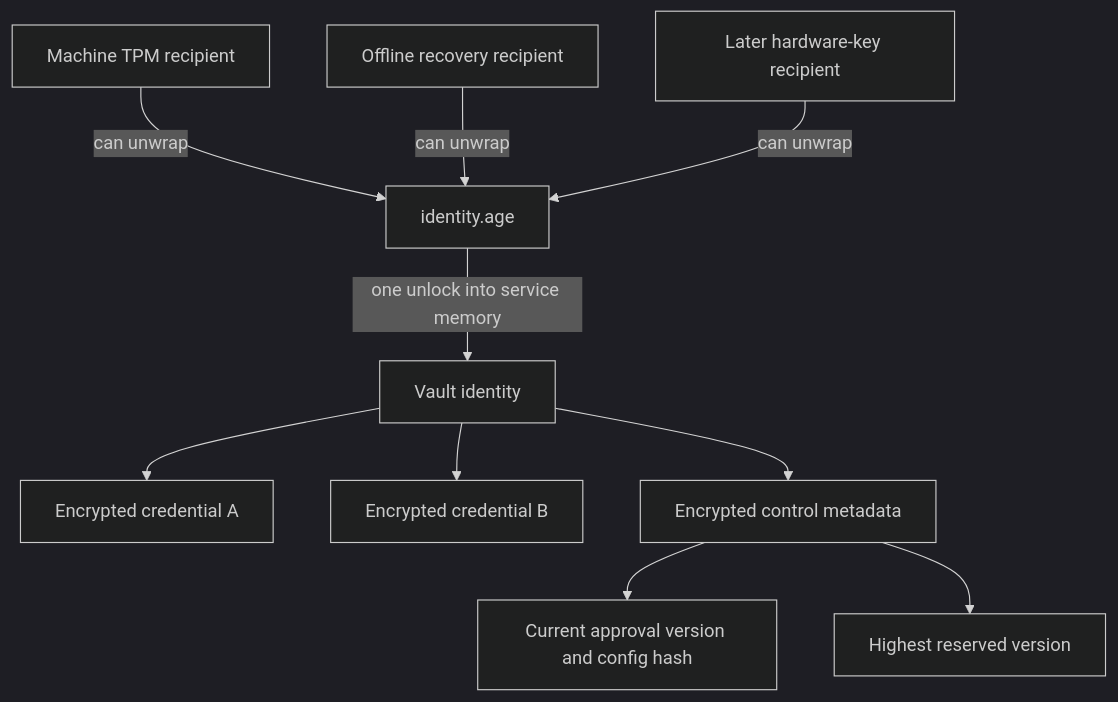
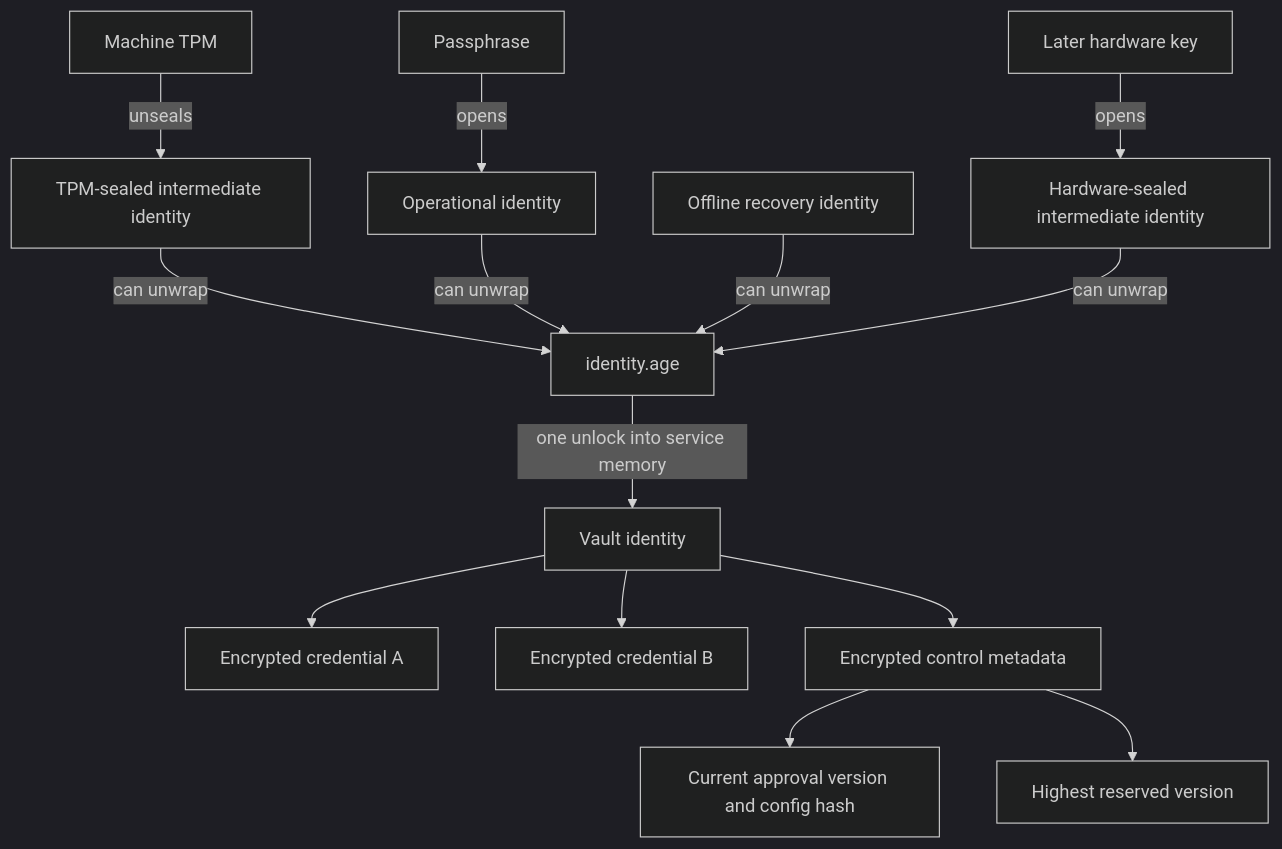
One commit to CjS77/iron-vault changed the fourth of 7 diagrams in design/iron-vault-specification.md. Above: the diagram before and after it, drawn with Mermaid (dark theme). The commit also changed other lines of this file and 1 other file, not shown here.

First line of the commit message:
docs(spec): reach hardware and passphrase recipients through intermediate identities

````diff
--- a/design/iron-vault-specification.md
+++ b/design/iron-vault-specification.md
@@ -603,12 +608,16 @@
 ```mermaid
 flowchart TD
-    TPM[Machine TPM recipient] -->|can unwrap| I[identity.age]
-    Recovery[Offline recovery recipient] -->|can unwrap| I
-    Hardware[Later hardware-key recipient] -->|can unwrap| I
+    TPM[Machine TPM] -->|unseals| TI[TPM-sealed intermediate identity]
+    TI -->|can unwrap| I[identity.age]
+    Pass[Passphrase] -->|opens| OI[Operational identity]
+    OI -->|can unwrap| I
+    Recovery[Offline recovery identity] -->|can unwrap| I
+    Hardware[Later hardware key] -->|opens| HI[Hardware-sealed intermediate identity]
+    HI -->|can unwrap| I
     I -->|one unlock into service memory| Key[Vault identity]
     Key --> A[Encrypted credential A]
     Key --> B[Encrypted credential B]
     Key --> M[Encrypted control metadata]
     M --> C[Current approval version and config hash]
     M --> R[Highest reserved version]
 ```
````
